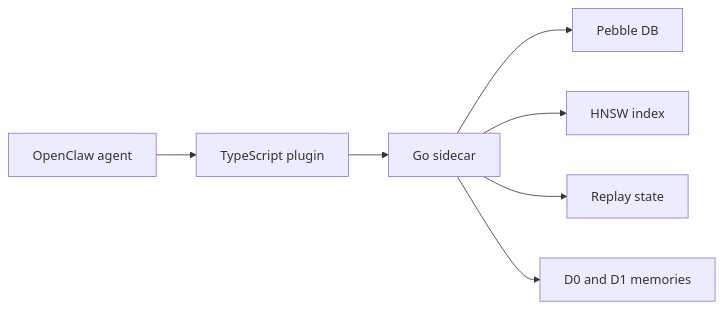
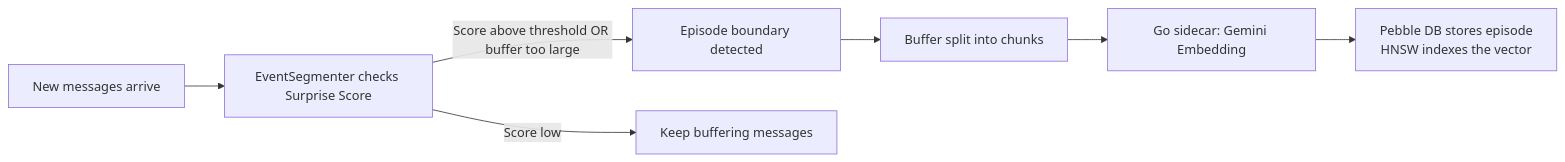
The second of 2 diagrams in README.md (YoshiaKefasu/episodic-claw), drawn with Mermaid before and after one commit. The commit also changed other lines of this file and 17 other files, not shown here.

````diff
--- a/README.md
+++ b/README.md
@@ -52,9 +75,9 @@
 ```mermaid
 flowchart LR
-    A["OpenClaw agent"] --> B["TypeScript plugin"]
-    B --> C["Go sidecar"]
-    C --> D["Pebble DB"]
-    C --> E["HNSW index"]
-    C --> F["Replay state"]
-    C --> G["D0 and D1 memories"]
+    A[New messages arrive] --> B[EventSegmenter checks Surprise Score]
+    B -->|Score above threshold OR buffer too large| C[Episode boundary detected]
+    C --> D[Buffer split into chunks]
+    D --> E[Go sidecar: Gemini Embedding]
+    E --> F[Pebble DB stores episode\nHNSW indexes the vector]
+    B -->|Score low| G[Keep buffering messages]
 ```
````
